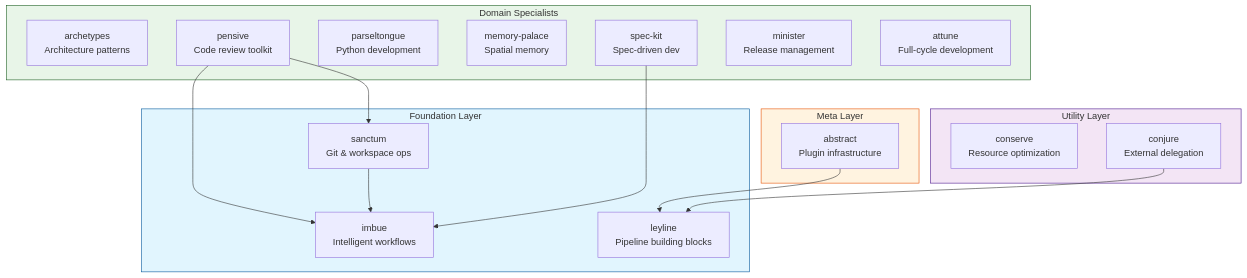
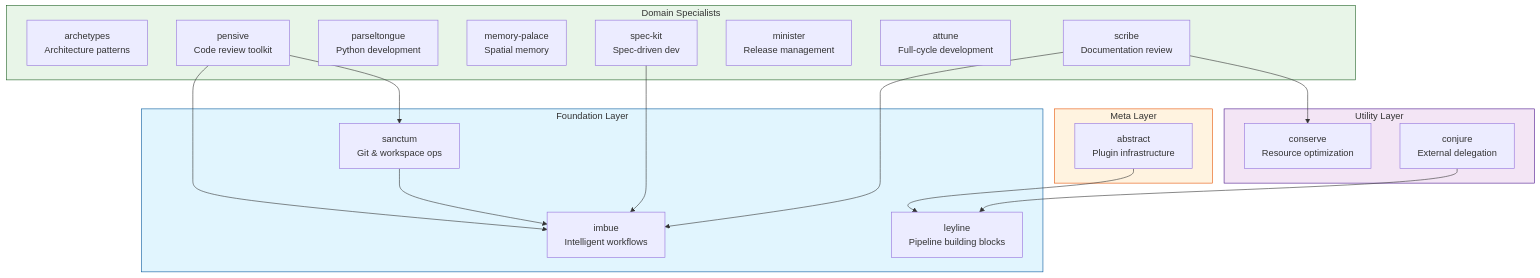
The diagram in book/src/plugins/README.md (athola/claude-night-market), drawn with Mermaid before and after one commit. The commit also changed other lines of this file and 90 other files, not shown here.

````diff
--- a/book/src/plugins/README.md
+++ b/book/src/plugins/README.md
@@ -7,39 +7,42 @@
 ```mermaid
 graph TB
     subgraph Meta[Meta Layer]
         abstract[abstract<br/>Plugin infrastructure]
     end
 
     subgraph Foundation[Foundation Layer]
         imbue[imbue<br/>Intelligent workflows]
         sanctum[sanctum<br/>Git & workspace ops]
         leyline[leyline<br/>Pipeline building blocks]
     end
 
     subgraph Utility[Utility Layer]
         conserve[conserve<br/>Resource optimization]
         conjure[conjure<br/>External delegation]
     end
 
     subgraph Domain[Domain Specialists]
         archetypes[archetypes<br/>Architecture patterns]
         pensive[pensive<br/>Code review toolkit]
         parseltongue[parseltongue<br/>Python development]
         memory_palace[memory-palace<br/>Spatial memory]
         spec_kit[spec-kit<br/>Spec-driven dev]
         minister[minister<br/>Release management]
         attune[attune<br/>Full-cycle development]
+        scribe[scribe<br/>Documentation review]
     end
 
     abstract --> leyline
     pensive --> imbue
     pensive --> sanctum
     sanctum --> imbue
     conjure --> leyline
     spec_kit --> imbue
+    scribe --> imbue
+    scribe --> conserve
 
     style Meta fill:#fff3e0,stroke:#e65100
     style Foundation fill:#e1f5fe,stroke:#01579b
     style Utility fill:#f3e5f5,stroke:#4a148c
     style Domain fill:#e8f5e8,stroke:#1b5e20
 ```
````
